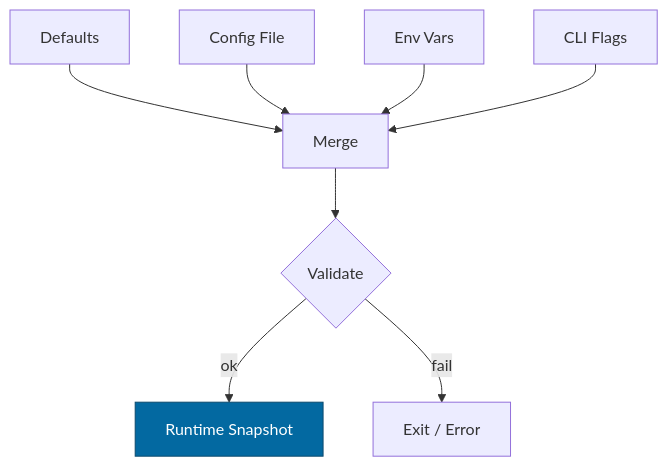
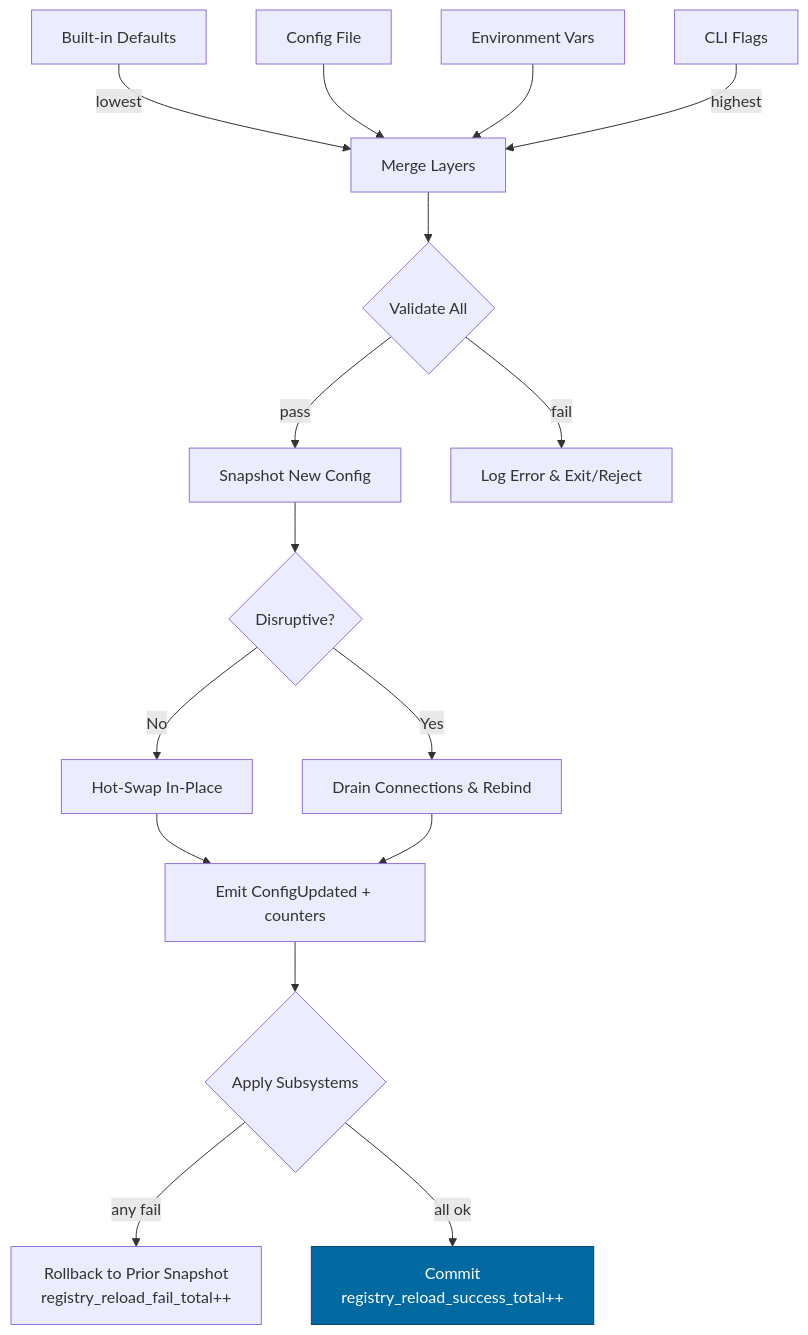
Before and after one commit to Y3LLOWVESTS/rustyonions: the diagram in crates/svc-registry/docs/CONFIG.MD, drawn with Mermaid. The commit also changed other lines of this file and 101 other files, not shown here.

````diff
--- a/crates/svc-registry/docs/CONFIG.MD
+++ b/crates/svc-registry/docs/CONFIG.MD
@@ -291,11 +549,19 @@
 ```mermaid
 flowchart TB
-  A[Defaults] --> D[Merge]
-  B[Config File] --> D
-  C[Env Vars] --> D
-  E[CLI Flags] --> D
-  D --> V{Validate}
-  V -- ok --> R[Runtime Snapshot]
-  V -- fail --> X[Exit / Error]
-  style R fill:#0369a1,stroke:#0c4a6e,color:#fff
+    A[Built-in Defaults] -->|lowest| M[Merge Layers]
+    B[Config File] --> M
+    C[Environment Vars] --> M
+    D[CLI Flags] -->|highest| M
+    M --> V{Validate All}
+    V -- pass --> S[Snapshot New Config]
+    V -- fail --> X[Log Error & Exit/Reject]
+    S --> D1{Disruptive?}
+    D1 -- No --> H[Hot-Swap In-Place]
+    D1 -- Yes --> W[Drain Connections & Rebind]
+    H --> A1[Emit ConfigUpdated + counters]
+    W --> A1
+    A1 --> R{Apply Subsystems}
+    R -- any fail --> RB[Rollback to Prior Snapshot\nregistry_reload_fail_total++]
+    R -- all ok --> OK[Commit\nregistry_reload_success_total++]
+    style OK fill:#0369a1,stroke:#0c4a6e,color:#fff
 ```
````
